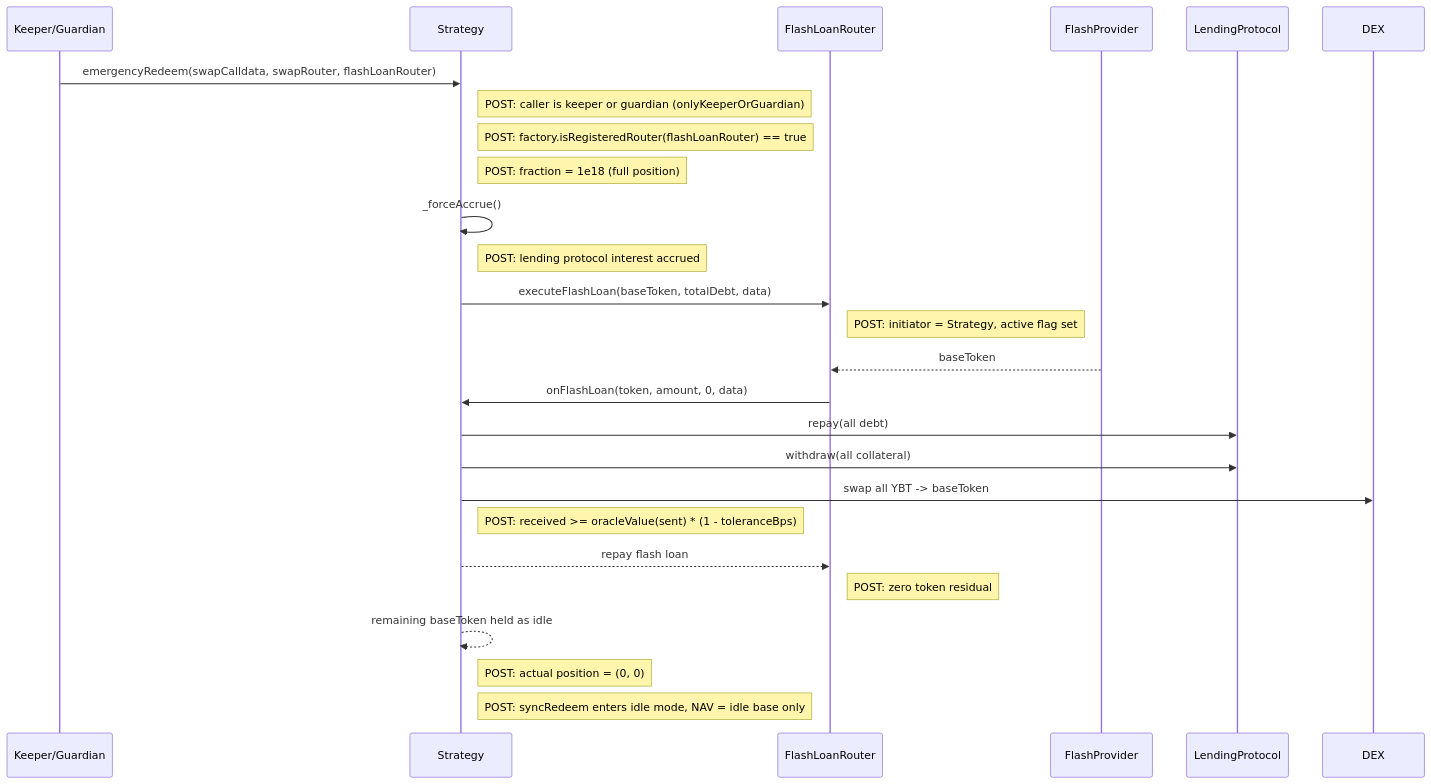
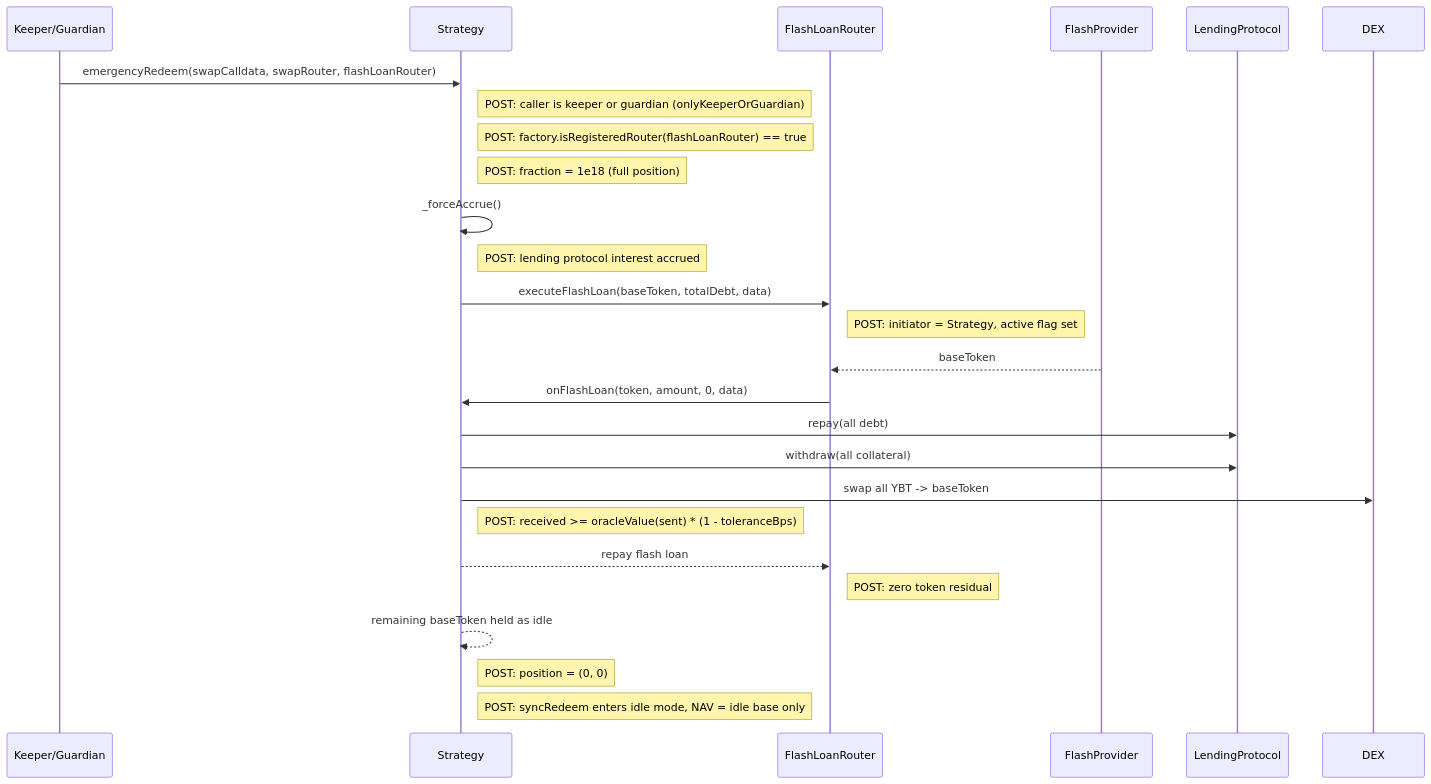
Before and after one commit to evgenynacu/leverage-vaults: diagram 11 of 22 in docs/architecture/call-diagrams.md, drawn with Mermaid. The commit also changed other lines of this file and 18 other files, not shown here.

````diff
--- a/docs/architecture/call-diagrams.md
+++ b/docs/architecture/call-diagrams.md
@@ -240,22 +239,22 @@
 ```mermaid
 sequenceDiagram
     Keeper/Guardian->>Strategy: emergencyRedeem(swapCalldata, swapRouter, flashLoanRouter)
     note right of Strategy: POST: caller is keeper or guardian (onlyKeeperOrGuardian)
     note right of Strategy: POST: factory.isRegisteredRouter(flashLoanRouter) == true
     note right of Strategy: POST: fraction = 1e18 (full position)
     Strategy->>Strategy: _forceAccrue()
     note right of Strategy: POST: lending protocol interest accrued
     Strategy->>FlashLoanRouter: executeFlashLoan(baseToken, totalDebt, data)
     note right of FlashLoanRouter: POST: initiator = Strategy, active flag set
     FlashProvider-->>FlashLoanRouter: baseToken
     FlashLoanRouter->>Strategy: onFlashLoan(token, amount, 0, data)
     Strategy->>LendingProtocol: repay(all debt)
     Strategy->>LendingProtocol: withdraw(all collateral)
     Strategy->>DEX: swap all YBT -> baseToken
     note right of Strategy: POST: received >= oracleValue(sent) * (1 - toleranceBps)
     Strategy-->>FlashLoanRouter: repay flash loan
     note right of FlashLoanRouter: POST: zero token residual
     Strategy-->>Strategy: remaining baseToken held as idle
-    note right of Strategy: POST: actual position = (0, 0)
+    note right of Strategy: POST: position = (0, 0)
     note right of Strategy: POST: syncRedeem enters idle mode, NAV = idle base only
 ```
````
